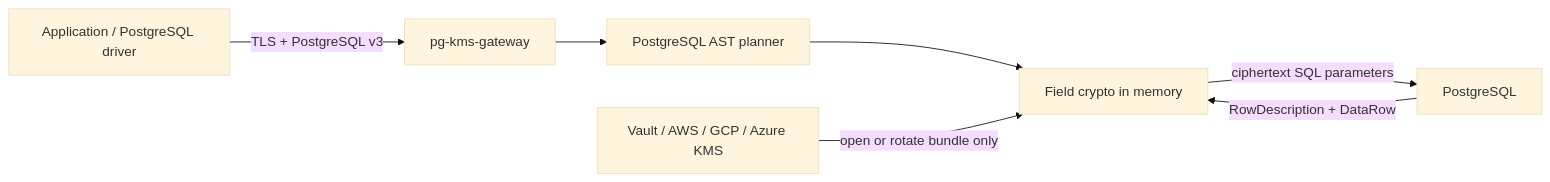
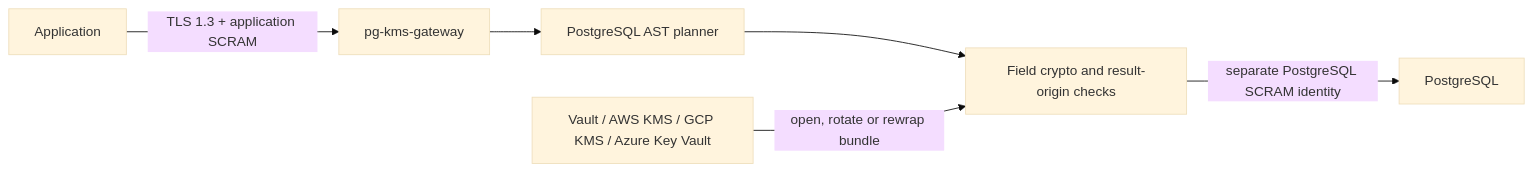
Before and after one commit to vendora-bit/pg-kms-gateway: the diagram in README.md, drawn with Mermaid (base theme). The commit also changed other lines of this file and 44 other files, not shown here.

````diff
--- a/README.md
+++ b/README.md
@@ -39,9 +37,8 @@
 ```mermaid
 flowchart LR
-    A["Application / PostgreSQL driver"] -->|"TLS + PostgreSQL v3"| G["pg-kms-gateway"]
-    G --> P["PostgreSQL AST planner"]
-    P --> C["Field crypto in memory"]
-    C -->|"ciphertext SQL parameters"| D["PostgreSQL"]
-    D -->|"RowDescription + DataRow"| C
-    K["Vault / AWS / GCP / Azure KMS"] -->|"open or rotate bundle only"| C
+    A["Application"] -->|"TLS 1.3 + application SCRAM"| G["pg-kms-gateway"]
+    G --> Q["PostgreSQL AST planner"]
+    Q --> C["Field crypto and result-origin checks"]
+    C -->|"separate PostgreSQL SCRAM identity"| P["PostgreSQL"]
+    K["Vault / AWS KMS / GCP KMS / Azure Key Vault"] -->|"open, rotate or rewrap bundle"| C
 ```
````
